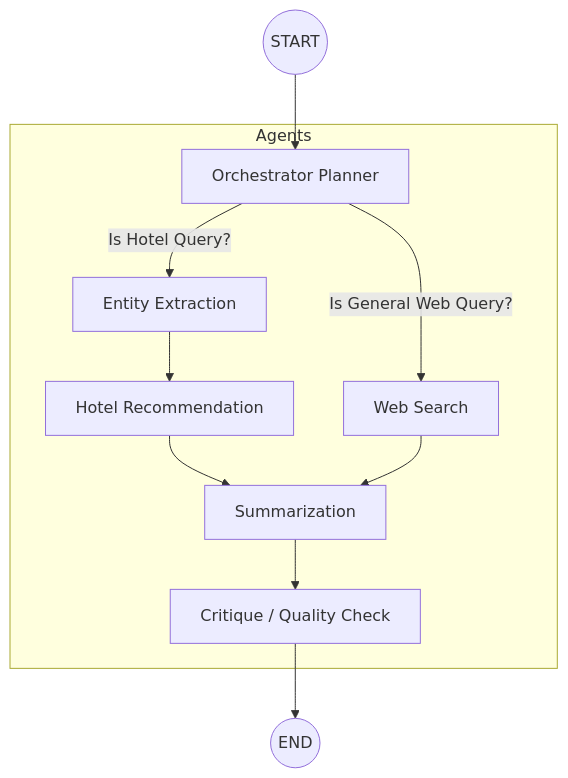
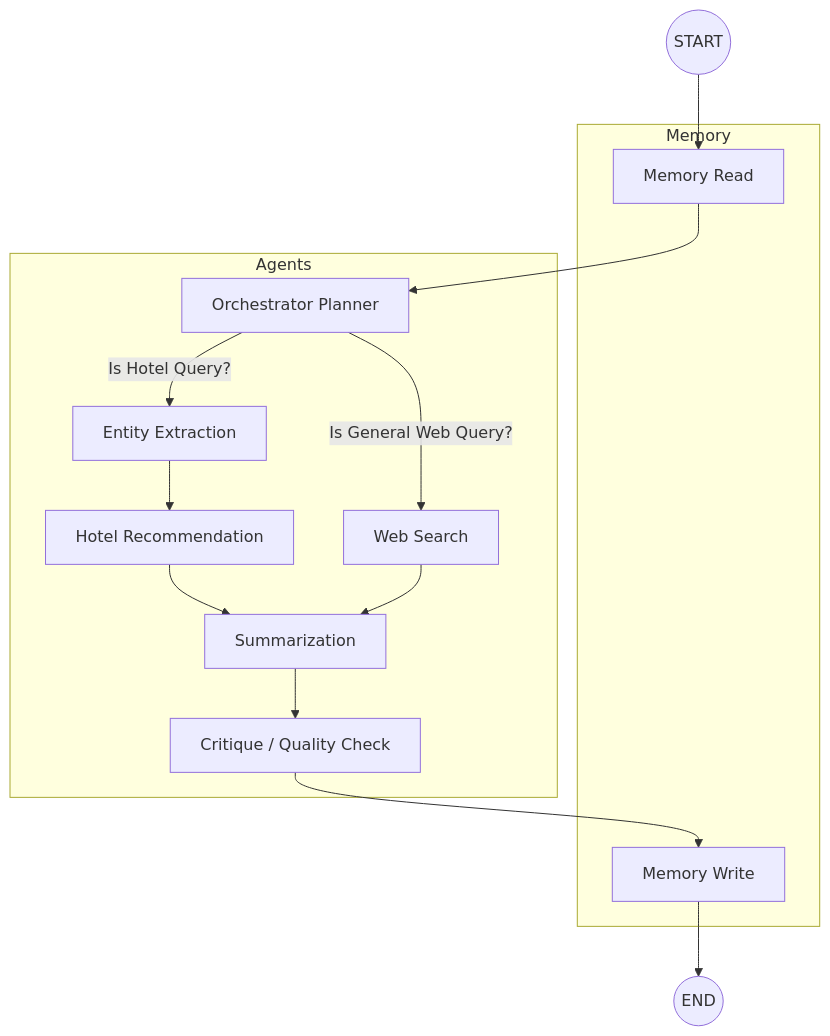
The diagram in README.md (swamibala/smart-travel-planner), drawn with Mermaid before and after one commit. The commit also changed other lines of this file and 7 other files, not shown here.

````diff
--- a/README.md
+++ b/README.md
@@ -16,23 +17,30 @@
 ```mermaid
 graph TD
-    START((START)) --> Orchestrator
+    START((START)) --> MemoryRead
+
+    subgraph Memory
+        MemoryRead[Memory Read]
+        MemoryWrite[Memory Write]
+    end
 
     subgraph Agents
         Orchestrator[Orchestrator Planner]
         EntityExtract[Entity Extraction]
         HotelRecommendation[Hotel Recommendation]
         WebSearch[Web Search]
         Summarize[Summarization]
         Critique[Critique / Quality Check]
     end
 
+    MemoryRead --> Orchestrator
     Orchestrator -->|Is Hotel Query?| EntityExtract
     Orchestrator -->|Is General Web Query?| WebSearch
 
     EntityExtract --> HotelRecommendation
     HotelRecommendation --> Summarize
     WebSearch --> Summarize
 
     Summarize --> Critique
-    Critique --> END((END))
+    Critique --> MemoryWrite
+    MemoryWrite --> END((END))
 ```
````
